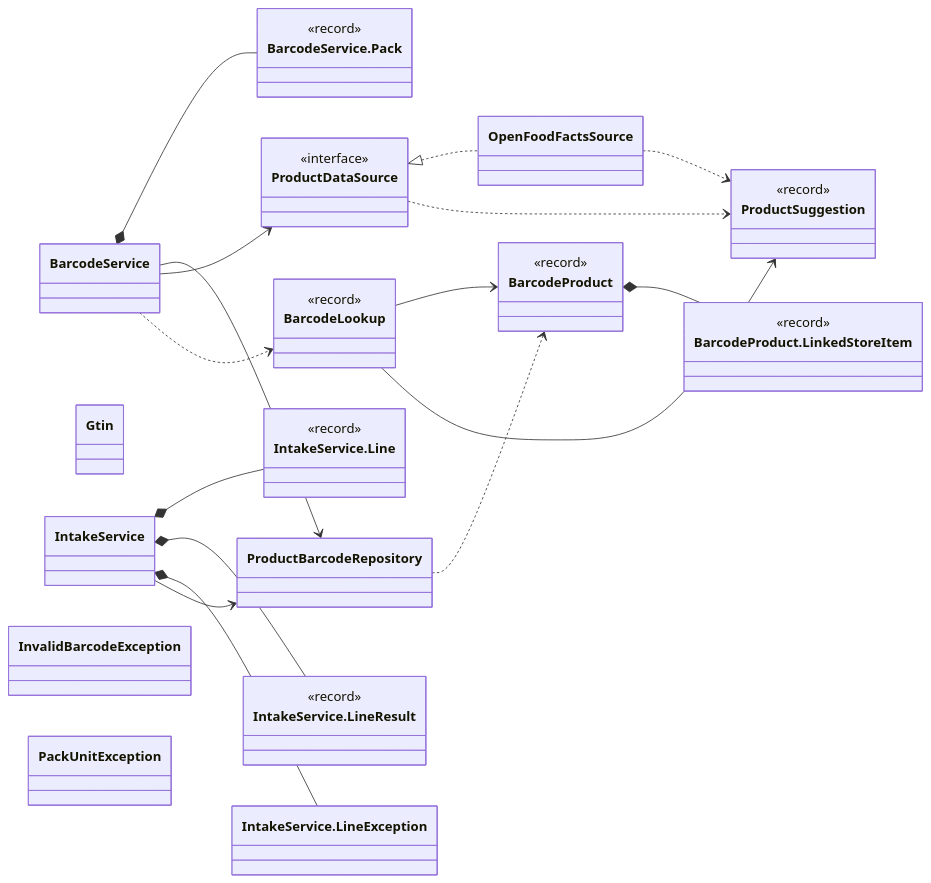
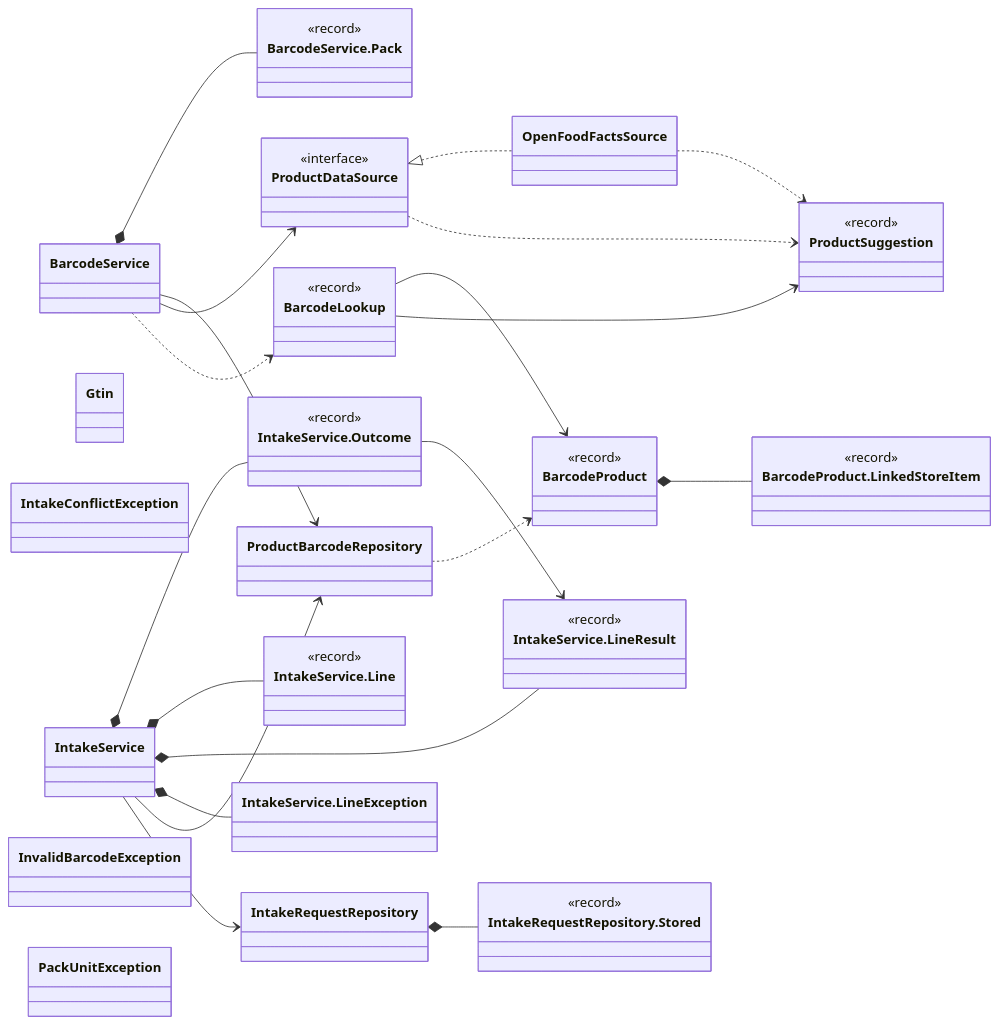
One commit to Nate-ryan-7690/dahaem changed the first of 21 diagrams in docs/classes/barcode.md. Above: the diagram before and after it, drawn with Mermaid. The commit also changed other lines of this file and 2 other files, not shown here.

````diff
--- a/docs/classes/barcode.md
+++ b/docs/classes/barcode.md
@@ -11,51 +11,63 @@
 ```mermaid
 classDiagram
     direction LR
     class barcode_BarcodeLookup["BarcodeLookup"] {
         <<record>>
     }
     class barcode_BarcodeProduct["BarcodeProduct"] {
         <<record>>
     }
     class barcode_BarcodeProduct_LinkedStoreItem["BarcodeProduct.LinkedStoreItem"] {
         <<record>>
     }
     class barcode_BarcodeService["BarcodeService"]
     class barcode_BarcodeService_Pack["BarcodeService.Pack"] {
         <<record>>
     }
     class barcode_Gtin["Gtin"]
+    class barcode_IntakeConflictException["IntakeConflictException"]
+    class barcode_IntakeRequestRepository["IntakeRequestRepository"]
+    class barcode_IntakeRequestRepository_Stored["IntakeRequestRepository.Stored"] {
+        <<record>>
+    }
     class barcode_IntakeService["IntakeService"]
+    class barcode_IntakeService_Outcome["IntakeService.Outcome"] {
+        <<record>>
+    }
     class barcode_IntakeService_Line["IntakeService.Line"] {
         <<record>>
     }
     class barcode_IntakeService_LineResult["IntakeService.LineResult"] {
         <<record>>
     }
     class barcode_IntakeService_LineException["IntakeService.LineException"]
     class barcode_InvalidBarcodeException["InvalidBarcodeException"]
     class barcode_OpenFoodFactsSource["OpenFoodFactsSource"]
     class barcode_PackUnitException["PackUnitException"]
     class barcode_ProductBarcodeRepository["ProductBarcodeRepository"]
     class barcode_ProductDataSource["ProductDataSource"] {
         <<interface>>
     }
     class barcode_ProductSuggestion["ProductSuggestion"] {
         <<record>>
     }
     barcode_BarcodeLookup --> barcode_BarcodeProduct
     barcode_BarcodeLookup --> barcode_ProductSuggestion
     barcode_BarcodeProduct *-- barcode_BarcodeProduct_LinkedStoreItem
     barcode_BarcodeService *-- barcode_BarcodeService_Pack
     barcode_BarcodeService --> barcode_ProductBarcodeRepository
     barcode_BarcodeService --> barcode_ProductDataSource
     barcode_BarcodeService ..> barcode_BarcodeLookup
+    barcode_IntakeRequestRepository *-- barcode_IntakeRequestRepository_Stored
+    barcode_IntakeService *-- barcode_IntakeService_Outcome
     barcode_IntakeService *-- barcode_IntakeService_Line
     barcode_IntakeService *-- barcode_IntakeService_LineResult
     barcode_IntakeService *-- barcode_IntakeService_LineException
     barcode_IntakeService --> barcode_ProductBarcodeRepository
+    barcode_IntakeService --> barcode_IntakeRequestRepository
+    barcode_IntakeService_Outcome --> barcode_IntakeService_LineResult
     barcode_ProductDataSource <|.. barcode_OpenFoodFactsSource
     barcode_OpenFoodFactsSource ..> barcode_ProductSuggestion
     barcode_ProductBarcodeRepository ..> barcode_BarcodeProduct
     barcode_ProductDataSource ..> barcode_ProductSuggestion
 ```
````
